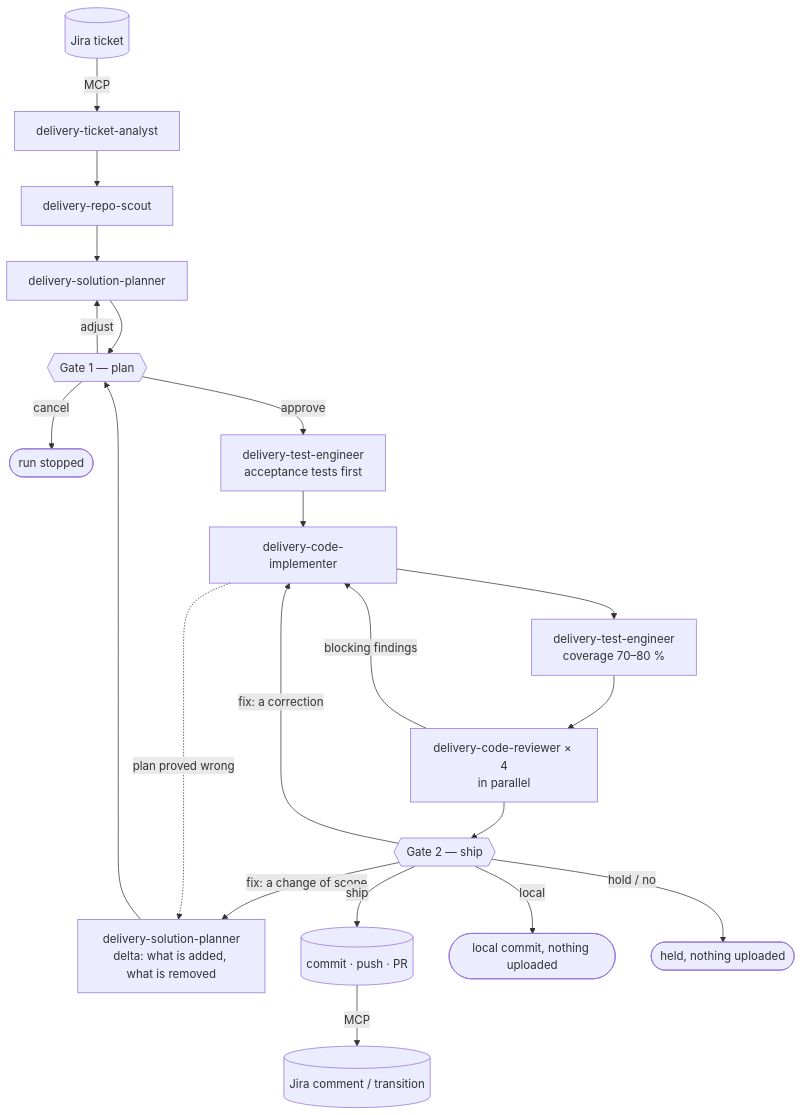
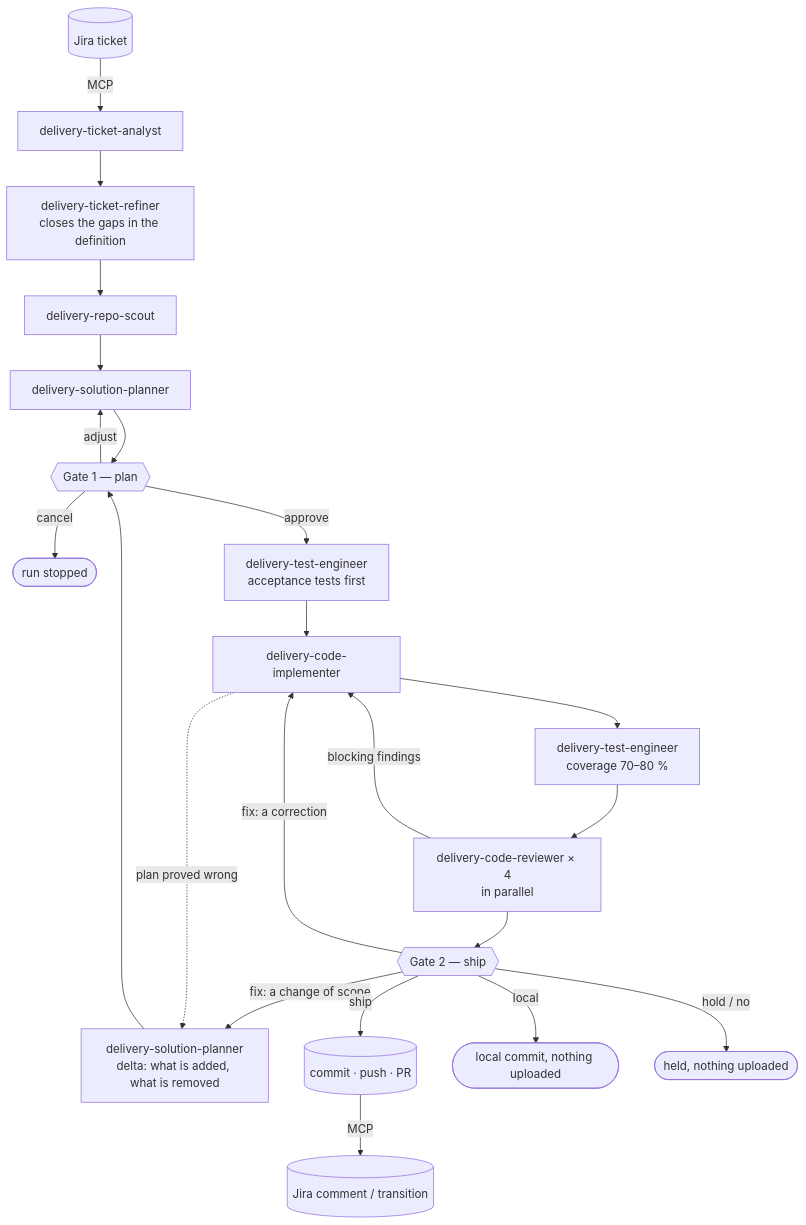
Before and after one commit to grananda/ai-enabler: the diagram in README.md, drawn with Mermaid. The commit also changed other lines of this file and 22 other files, not shown here.

````diff
--- a/README.md
+++ b/README.md
@@ -14,23 +14,24 @@
 ```mermaid
 flowchart TD
     J[(Jira ticket)] -->|MCP| A[delivery-ticket-analyst]
-    A --> S[delivery-repo-scout]
+    A --> RF["delivery-ticket-refiner<br/>closes the gaps in the definition"]
+    RF --> S[delivery-repo-scout]
     S --> P[delivery-solution-planner]
     P --> G1{{"Gate 1 — plan"}}
     G1 -->|adjust| P
     G1 -->|cancel| X([run stopped])
     G1 -->|approve| AT["delivery-test-engineer<br/>acceptance tests first"]
     AT --> I[delivery-code-implementer]
     I --> T["delivery-test-engineer<br/>coverage 70–80 %"]
     T --> R["delivery-code-reviewer × 4<br/>in parallel"]
     R -->|blocking findings| I
     R --> G2{{"Gate 2 — ship"}}
     G2 -->|"fix: a correction"| I
     G2 -->|"fix: a change of scope"| DL["delivery-solution-planner<br/>delta: what is added, what is removed"]
     I -.->|plan proved wrong| DL
     DL --> G1
     G2 -->|ship| PR[(commit · push · PR)]
     PR -->|MCP| JU[(Jira comment / transition)]
     G2 -->|local| LC([local commit, nothing uploaded])
     G2 -->|"hold / no"| H([held, nothing uploaded])
 ```
````
